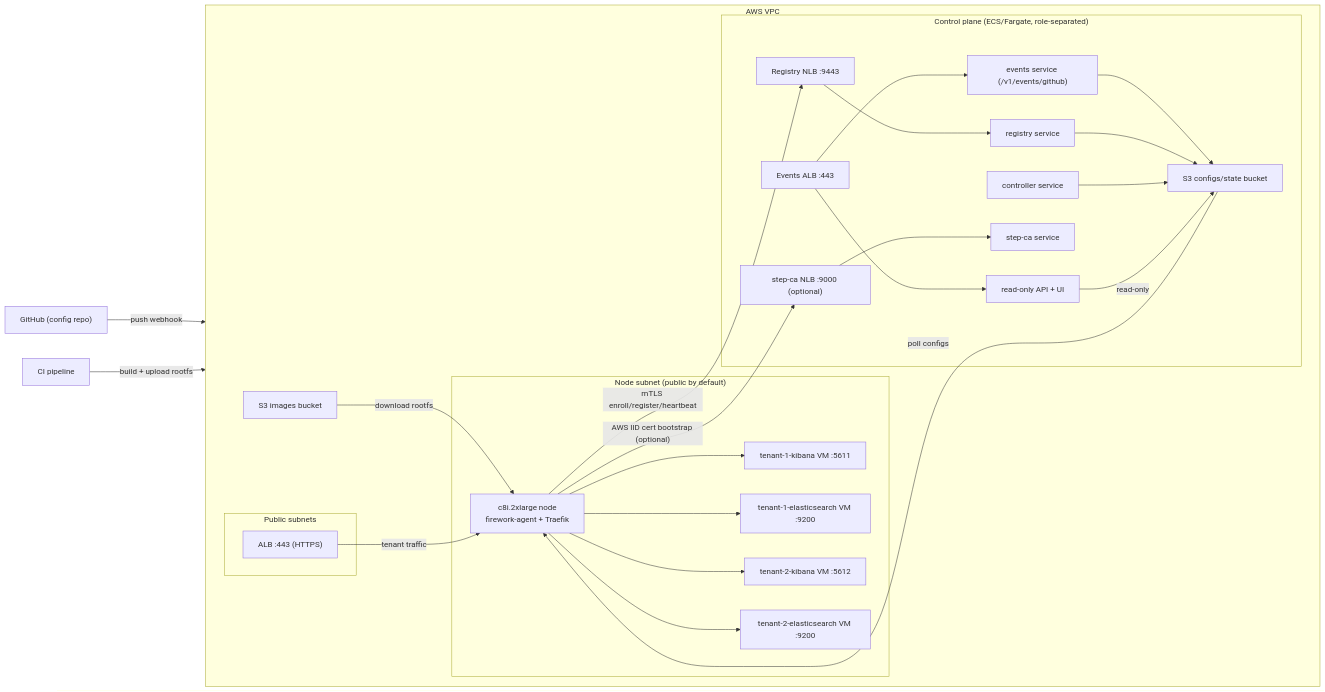
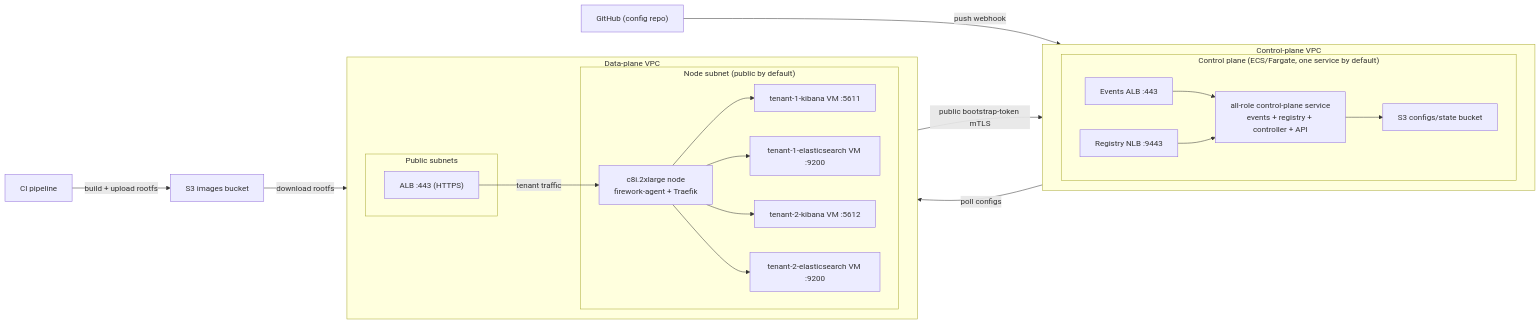
One commit to artemnikitin/firework-deployment-example changed the diagram in README.md. Above: the diagram before and after it, drawn with Mermaid. The commit also changed other lines of this file and 24 other files, not shown here.

First line of the commit message:
Simplify AWS control and data plane stacks (#20)

````diff
--- a/README.md
+++ b/README.md
@@ -14,43 +14,41 @@
 ```mermaid
 flowchart LR
   GitHub["GitHub (config repo)"] -->|push webhook| EventsALB["Events ALB :443"]
   CI["CI pipeline"] -->|build + upload rootfs| S3Images["S3 images bucket"]
 
-  subgraph VPC["AWS VPC"]
+  subgraph ControlPlaneVPC["Control-plane VPC"]
     direction LR
 
-    subgraph ControlPlane["Control plane (ECS/Fargate, role-separated)"]
-      EventsALB --> Events["events service (/v1/events/github)"]
-      EventsALB --> API["read-only API + UI"]
-      Events --> S3Configs["S3 configs/state bucket"]
-      RegistryNLB["Registry NLB :9443"] --> Registry["registry service"]
-      StepCANLB["step-ca NLB :9000 (optional)"] --> StepCA["step-ca service"]
-      Registry --> S3Configs
-      Controller["controller service"] --> S3Configs
-      API -->|read-only| S3Configs
+    subgraph ControlPlane["Control plane (ECS/Fargate, one service by default)"]
+      EventsALB --> All["all-role control-plane service<br/>events + registry + controller + API"]
+      RegistryNLB["Registry NLB :9443"] --> All
+      All --> S3Configs["S3 configs/state bucket"]
     end
+  end
 
+  subgraph DataPlaneVPC["Data-plane VPC"]
+    direction LR
     subgraph Public["Public subnets"]
       ALB["ALB :443 (HTTPS)"]
     end
 
     subgraph Nodes["Node subnet (public by default)"]
       Node["c8i.2xlarge node<br/>firework-agent + Traefik"]
       VM1["tenant-1-kibana VM :5611"]
       VM2["tenant-1-elasticsearch VM :9200"]
       VM3["tenant-2-kibana VM :5612"]
       VM4["tenant-2-elasticsearch VM :9200"]
 
       Node --> VM1
       Node --> VM2
       Node --> VM3
       Node --> VM4
     end
 
-    S3Configs -->|poll configs| Node
-    S3Images -->|download rootfs| Node
-    Node -- "AWS IID cert bootstrap (optional)" --> StepCANLB
-    Node -->|mTLS enroll/register/heartbeat| RegistryNLB
     ALB -->|tenant traffic| Node
   end
+
+  S3Configs -->|poll configs| Node
+  S3Images -->|download rootfs| Node
+  Node -->|public bootstrap-token mTLS| RegistryNLB
 ```
````
